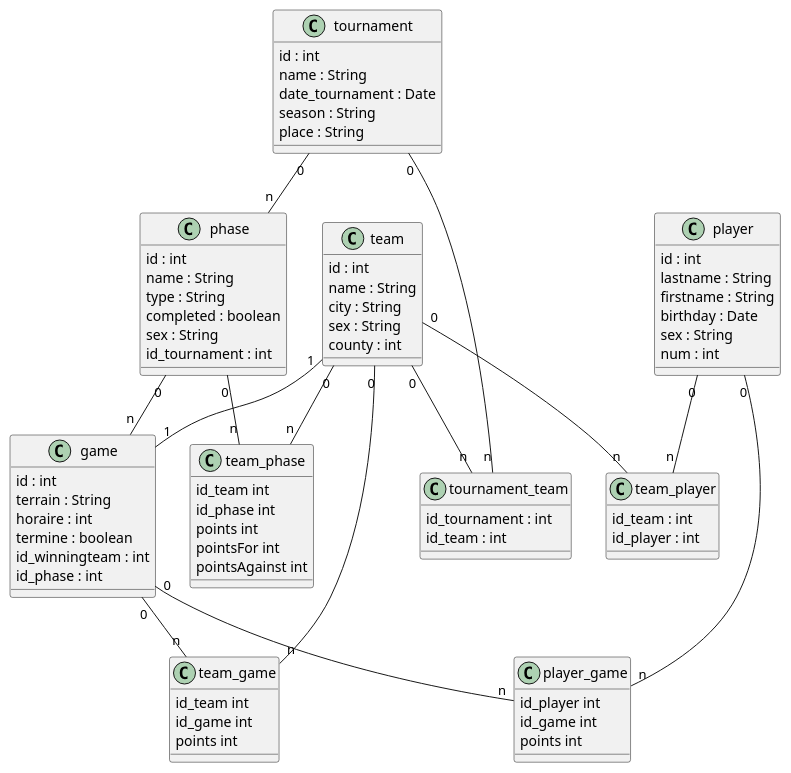
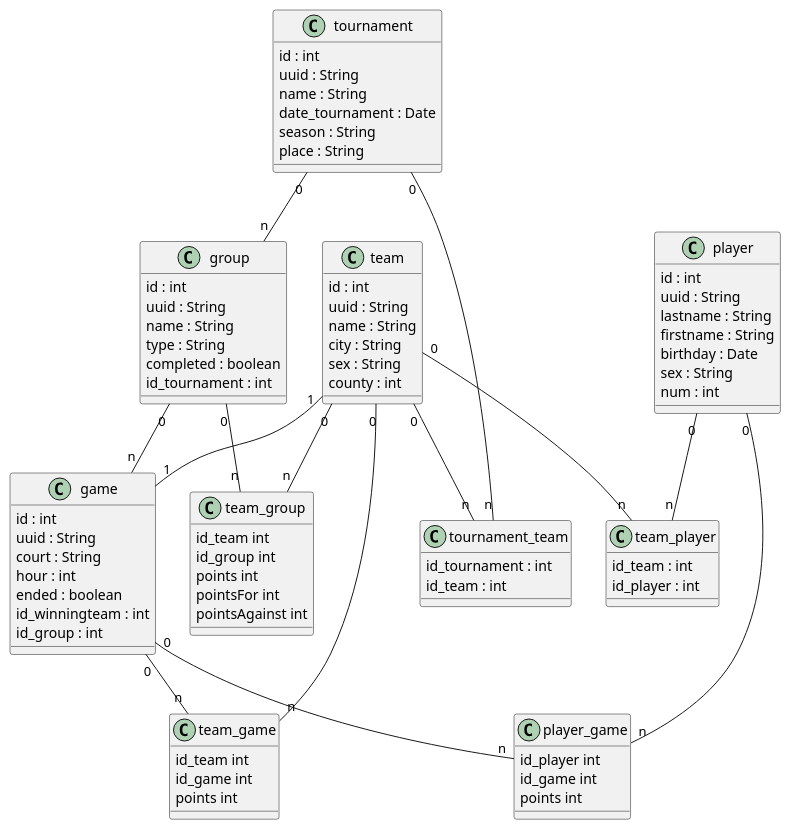
One commit to julien-bouyer/basket_tournament changed the diagram in misc/plant-class-diagram.puml. Above: the diagram before and after it, drawn with PlantUML. The commit also changed 58 other files, not shown here.

```diff
--- a/misc/plant-class-diagram.puml
+++ b/misc/plant-class-diagram.puml
@@ -1,89 +1,93 @@
 @startuml
 
 class tournament {
     id : int
+    uuid : String
     name : String
     date_tournament : Date
     season : String
     place : String
 }
 
 class team {
     id : int
+    uuid : String
     name : String
     city : String
     sex : String
     county : int
 }
 
 class player {
     id : int
+    uuid : String
     lastname : String
     firstname : String
     birthday : Date
     sex : String
     num : int
 }
 
-class phase {
+class group {
     id : int
+    uuid : String
     name : String
     type : String
     completed : boolean
-    sex : String
     id_tournament : int
 }
-tournament "0" -- "n" phase
+tournament "0" -- "n" group
 
 class game {
     id : int
-    terrain : String
-    horaire : int
-    termine : boolean
+    uuid : String
+    court : String
+    hour : int
+    ended : boolean
     id_winningteam : int
-    id_phase : int
+    id_group : int
 }
 team "1" -- "1" game
-phase "0" -- "n" game
+group "0" -- "n" game
 
 class tournament_team {
     id_tournament : int
     id_team : int
 }
 tournament "0" -- "n" tournament_team
 team "0" -- "n" tournament_team
 
 class team_player {
     id_team : int
     id_player : int
 }
 team "0" -- "n" team_player
 player "0" -- "n" team_player
 
-class team_phase {
+class team_group {
     id_team int
-    id_phase int
+    id_group int
     points int
     pointsFor int
     pointsAgainst int
 }
-team "0" -- "n" team_phase
-phase "0" -- "n" team_phase
+team "0" -- "n" team_group
+group "0" -- "n" team_group
 
 class team_game {
     id_team int
     id_game int
     points int
 }
 team "0" -- "n" team_game
 game "0" -- "n" team_game
 
 class player_game {
     id_player int
     id_game int
     points int
 }
 player "0" -- "n" player_game
 game "0" -- "n" player_game
 
 @enduml
```
